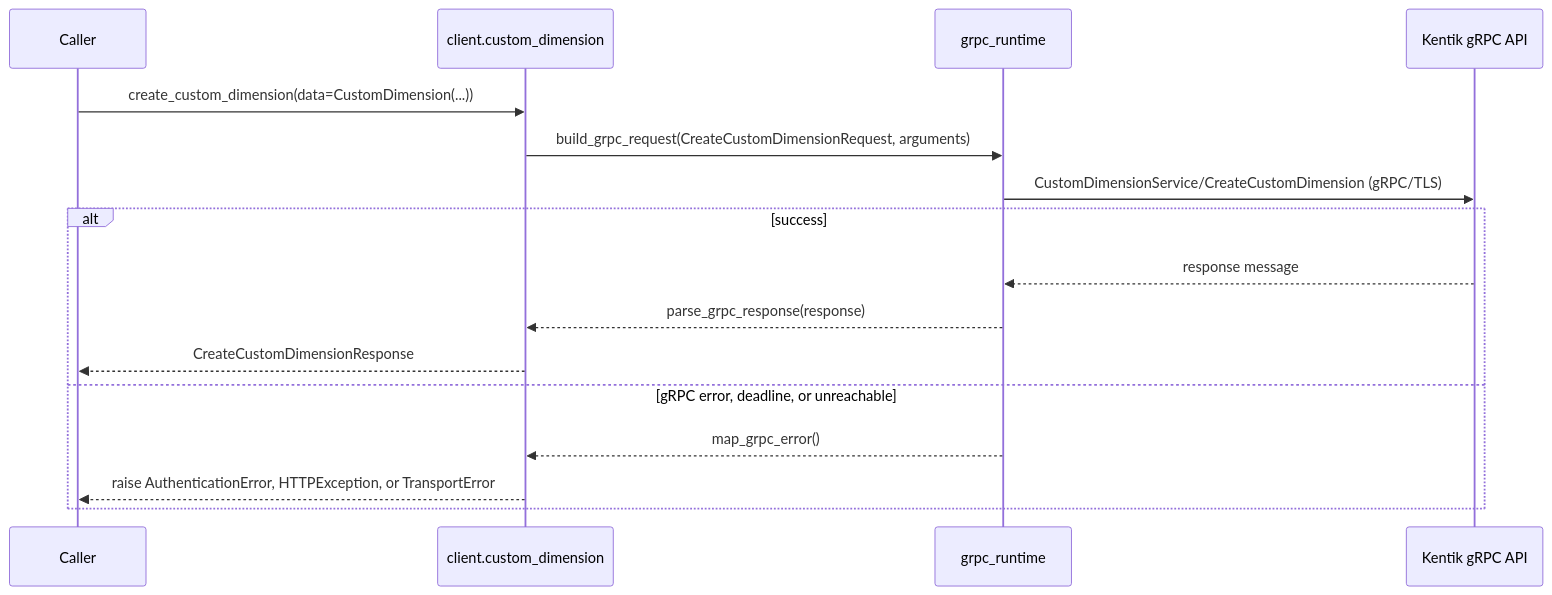
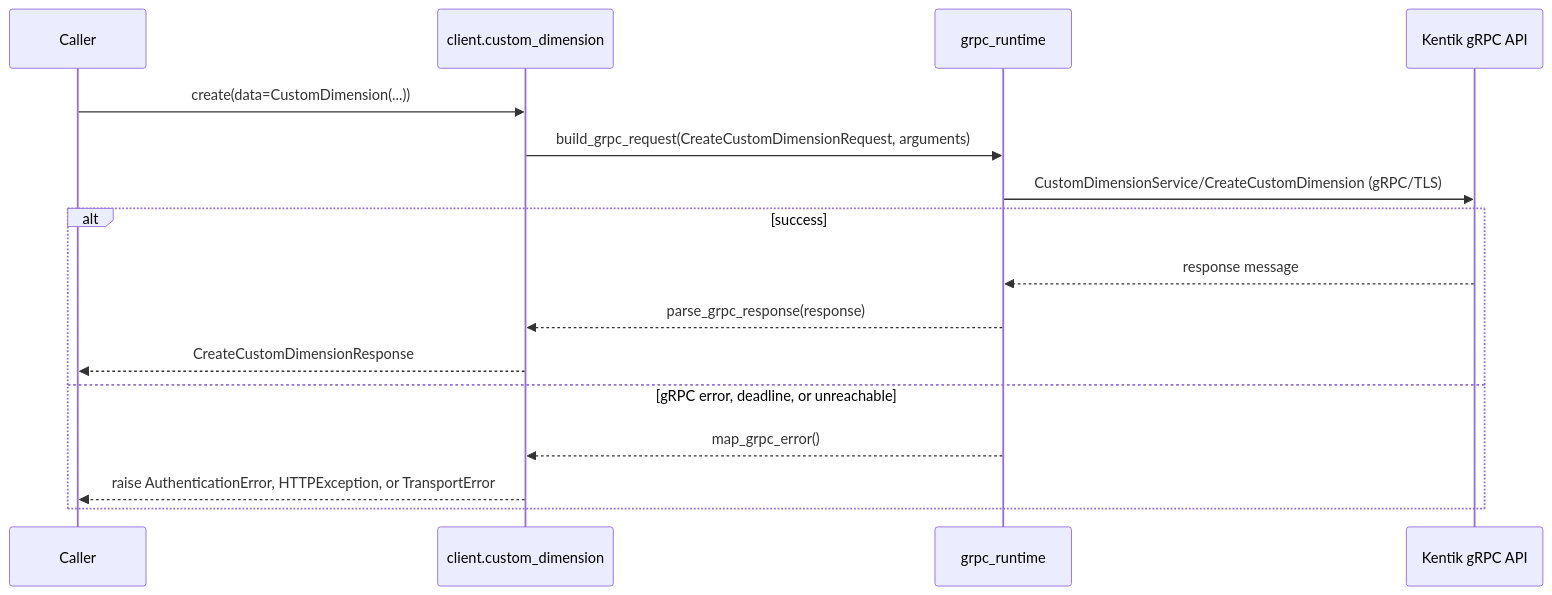
One commit to alexdearaujo/community_sdk_python changed diagram 21 of 22 in docs/sphinx/services/custom_dimension.md. Above: the diagram before and after it, drawn with Mermaid. The commit also changed other lines of this file and 119 other files, not shown here.

````diff
--- a/docs/sphinx/services/custom_dimension.md
+++ b/docs/sphinx/services/custom_dimension.md
@@ -757,19 +757,19 @@
 ```mermaid
 sequenceDiagram
     participant C as Caller
     participant W as client.custom_dimension
     participant R as grpc_runtime
     participant API as Kentik gRPC API
 
-    C->>W: create_custom_dimension(data=CustomDimension(...))
+    C->>W: create(data=CustomDimension(...))
     W->>R: build_grpc_request(CreateCustomDimensionRequest, arguments)
     R->>API: CustomDimensionService/CreateCustomDimension (gRPC/TLS)
     alt success
         API-->>R: response message
         R-->>W: parse_grpc_response(response)
         W-->>C: CreateCustomDimensionResponse
     else gRPC error, deadline, or unreachable
         R-->>W: map_grpc_error()
         W-->>C: raise AuthenticationError, HTTPException, or TransportError
     end
 ```
````
